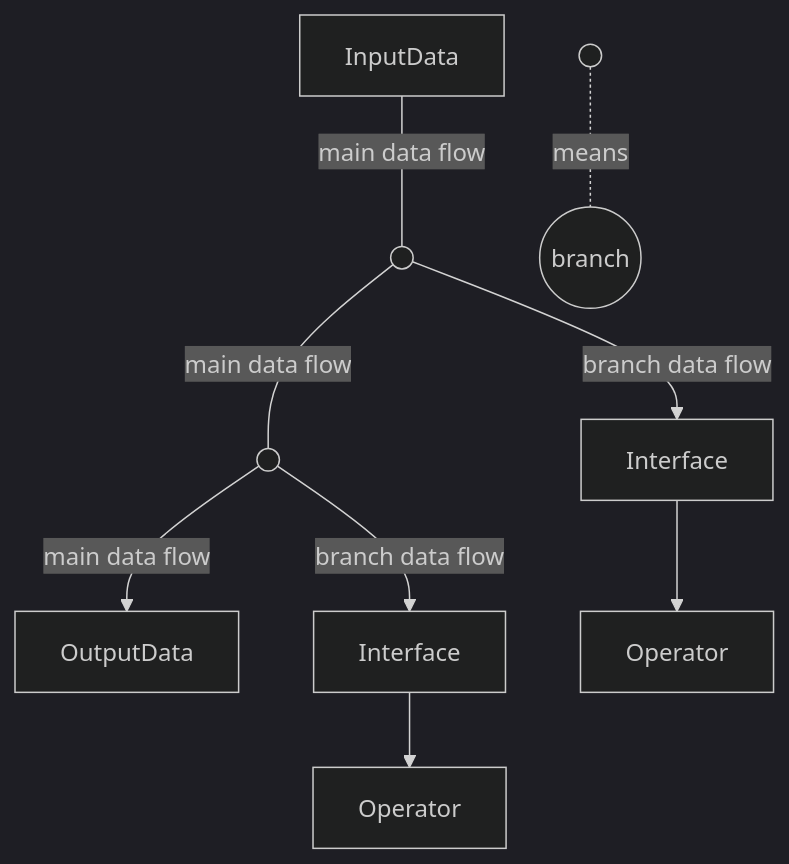
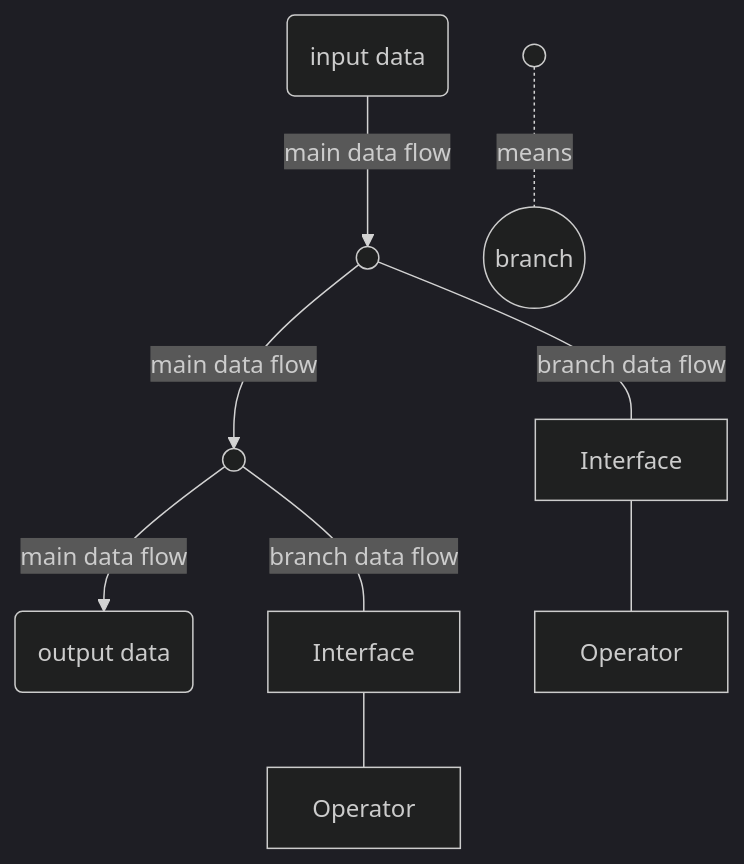
Before and after one commit to windwhiterain/Elf: the third of 16 diagrams in readme.md, drawn with Mermaid (dark theme). The commit also changed other lines of this file and 2 other files, not shown here.

````diff
--- a/readme.md
+++ b/readme.md
@@ -71,7 +98,7 @@
 ```mermaid
 graph TB
-    in[InputData]--main data flow---d1(( ))--main data flow---d2(( ))--main data flow-->out[OutputData]
-    d1--branch data flow-->i1[Interface]-->op1[Operator]
-    d2--branch data flow-->i2[Interface]-->op2[Operator]
+    in(input data)--main data flow-->d1(( ))--main data flow-->d2(( ))--main data flow-->out(output data)
+    d1--branch data flow--- i1[Interface]--- op1[Operator]
+    d2--branch data flow--- i2[Interface]--- op2[Operator]
     d3(( ))-.means.-d4((branch))
 ```
````
